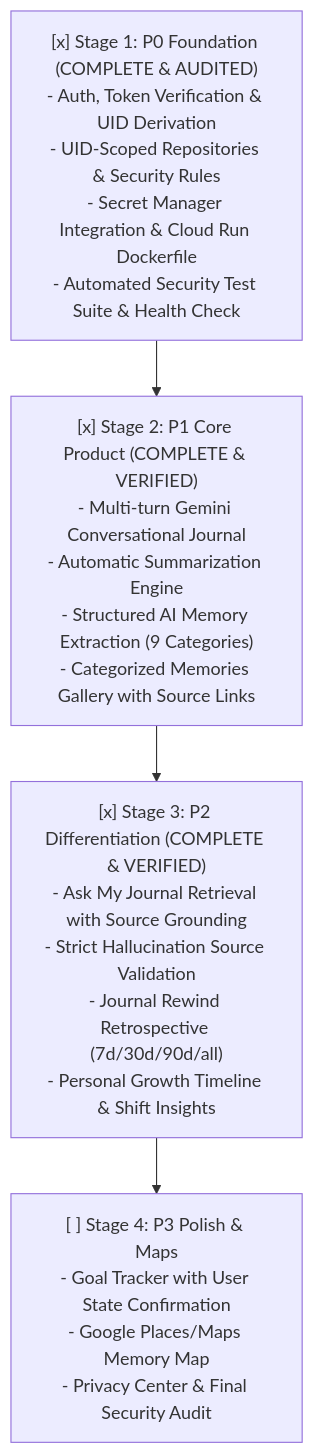
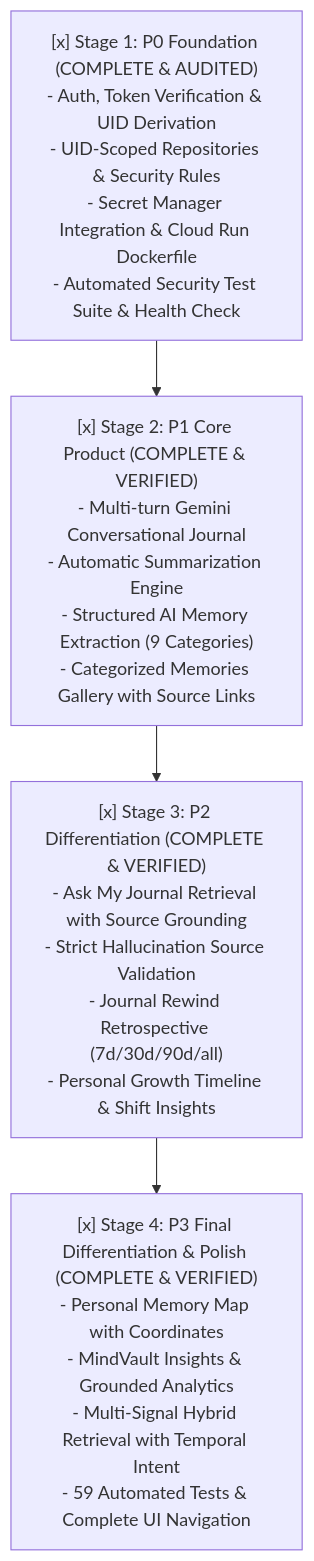
Before and after one commit to pavankarthikeyaatchyuta-lab/MINDVAULT: the diagram in README.md, drawn with Mermaid. The commit also changed 18 other files, not shown here.

Commit message:
feat: Stage 4 Final Differentiation - Memory Map, Insights, Hybrid Retrieval & Polish

````diff
--- a/README.md
+++ b/README.md
@@ -91,9 +91,9 @@
 ```mermaid
 flowchart TD
     S1["[x] Stage 1: P0 Foundation (COMPLETE & AUDITED)\n- Auth, Token Verification & UID Derivation\n- UID-Scoped Repositories & Security Rules\n- Secret Manager Integration & Cloud Run Dockerfile\n- Automated Security Test Suite & Health Check"]
     S2["[x] Stage 2: P1 Core Product (COMPLETE & VERIFIED)\n- Multi-turn Gemini Conversational Journal\n- Automatic Summarization Engine\n- Structured AI Memory Extraction (9 Categories)\n- Categorized Memories Gallery with Source Links"]
     S3["[x] Stage 3: P2 Differentiation (COMPLETE & VERIFIED)\n- Ask My Journal Retrieval with Source Grounding\n- Strict Hallucination Source Validation\n- Journal Rewind Retrospective (7d/30d/90d/all)\n- Personal Growth Timeline & Shift Insights"]
-    S4["[ ] Stage 4: P3 Polish & Maps\n- Goal Tracker with User State Confirmation\n- Google Places/Maps Memory Map\n- Privacy Center & Final Security Audit"]
+    S4["[x] Stage 4: P3 Final Differentiation & Polish (COMPLETE & VERIFIED)\n- Personal Memory Map with Coordinates\n- MindVault Insights & Grounded Analytics\n- Multi-Signal Hybrid Retrieval with Temporal Intent\n- 59 Automated Tests & Complete UI Navigation"]
 
     S1 --> S2 --> S3 --> S4
 ```
````
